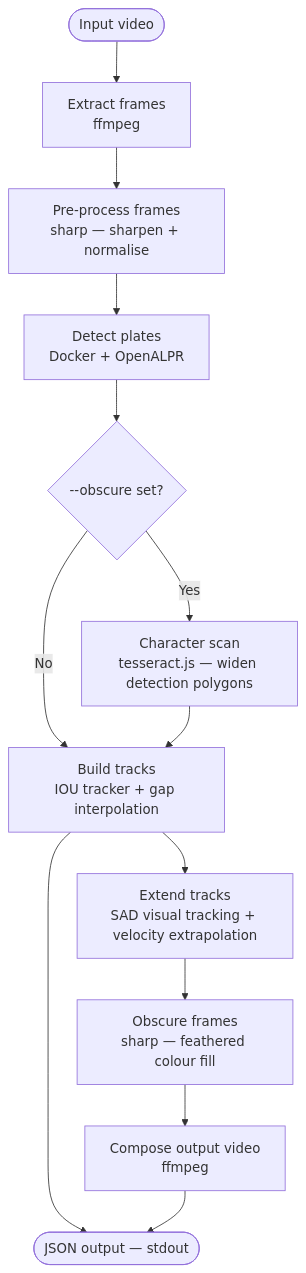
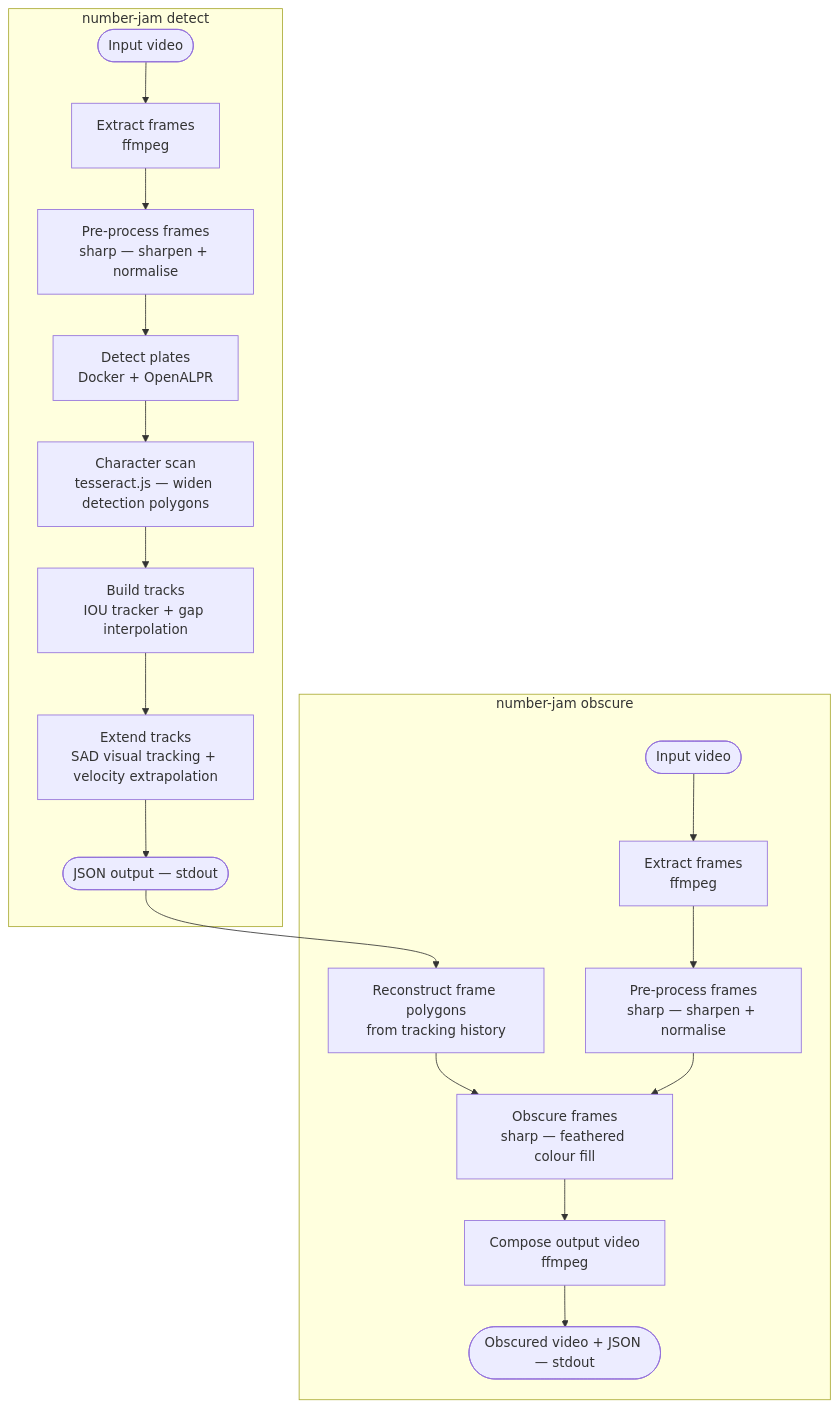
The diagram in README.md (instantiator/number-jam), drawn with Mermaid before and after one commit. The commit also changed other lines of this file and 9 other files, not shown here.

````diff
--- a/README.md
+++ b/README.md
@@ -30,15 +35,22 @@
 ```mermaid
 flowchart TD
-    A([Input video]) --> B[Extract frames\nffmpeg]
-    B --> C[Pre-process frames\nsharp — sharpen + normalise]
-    C --> D[Detect plates\nDocker + OpenALPR]
-    D --> E{--obscure set?}
-    E -->|Yes| F[Character scan\ntesseract.js — widen detection polygons]
-    E -->|No| G
-    F --> G[Build tracks\nIOU tracker + gap interpolation]
-    G --> H[Extend tracks\nSAD visual tracking + velocity extrapolation]
-    H --> I[Obscure frames\nsharp — feathered colour fill]
-    I --> J[Compose output video\nffmpeg]
-    G --> K([JSON output — stdout])
-    J --> K
+    subgraph detect ["number-jam detect"]
+        A([Input video]) --> B[Extract frames\nffmpeg]
+        B --> C[Pre-process frames\nsharp — sharpen + normalise]
+        C --> D[Detect plates\nDocker + OpenALPR]
+        D --> F[Character scan\ntesseract.js — widen detection polygons]
+        F --> G[Build tracks\nIOU tracker + gap interpolation]
+        G --> H[Extend tracks\nSAD visual tracking + velocity extrapolation]
+        H --> K([JSON output — stdout])
+    end
+
+    subgraph obscure ["number-jam obscure"]
+        K --> L[Reconstruct frame polygons\nfrom tracking history]
+        M([Input video]) --> N[Extract frames\nffmpeg]
+        N --> O[Pre-process frames\nsharp — sharpen + normalise]
+        L --> P[Obscure frames\nsharp — feathered colour fill]
+        O --> P
+        P --> Q[Compose output video\nffmpeg]
+        Q --> R([Obscured video + JSON — stdout])
+    end
 ```
````
